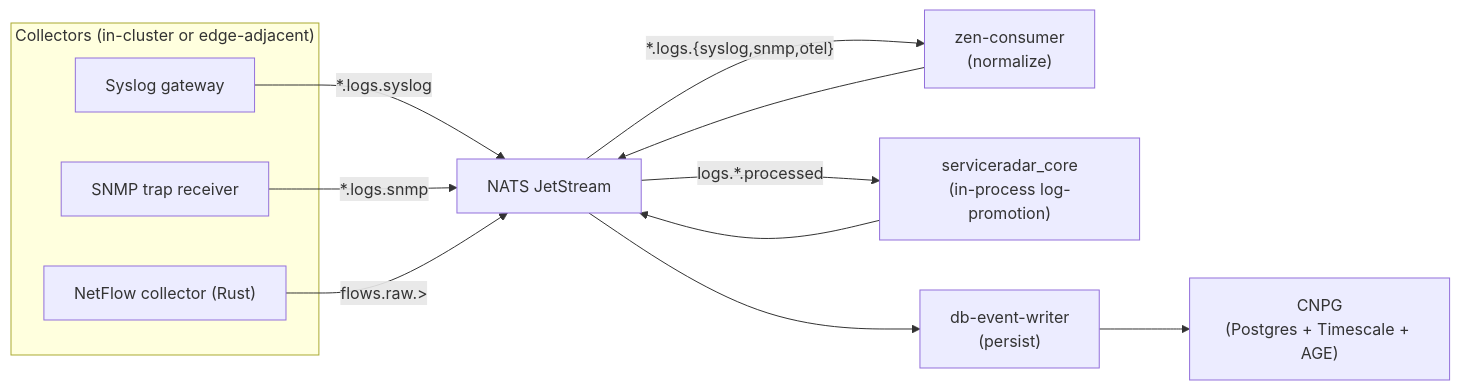
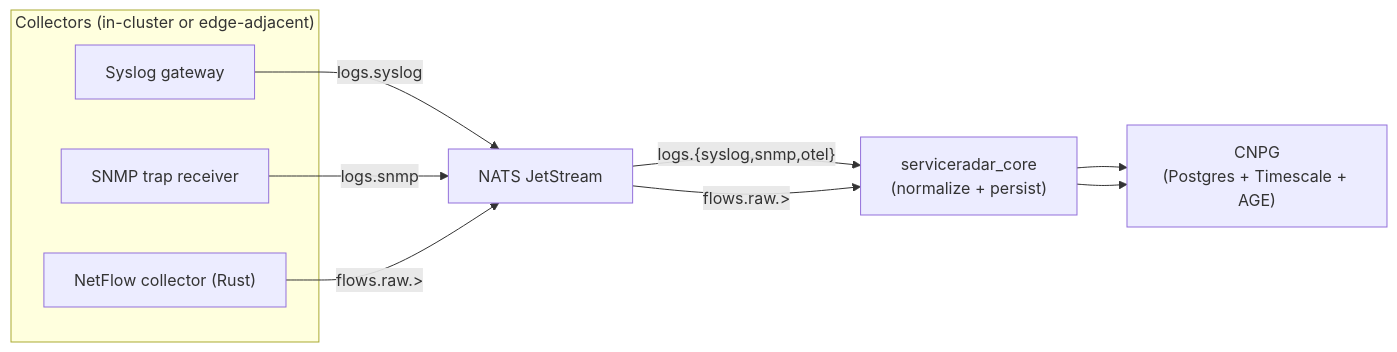
Before and after one commit to carverauto/serviceradar: the diagram in docs/docs/data-pipeline.md, drawn with Mermaid. The commit also changed other lines of this file and 133 other files, not shown here.

Commit message:
Fold Phase 0.6 ZEN rules into core-elx

````diff
--- a/docs/docs/data-pipeline.md
+++ b/docs/docs/data-pipeline.md
@@ -18,24 +18,21 @@
 ```mermaid
 flowchart LR
   subgraph Collectors["Collectors (in-cluster or edge-adjacent)"]
     Syslog["Syslog gateway"]
     Netflow["NetFlow collector (Rust)"]
     Trapd["SNMP trap receiver"]
   end
 
   NATS["NATS JetStream"]
 
-  Zen["zen-consumer\n(normalize)"]
-  Core["serviceradar_core\n(in-process log-promotion)"]
-  Writer["db-event-writer\n(persist)"]
+  Core["serviceradar_core\n(normalize + persist)"]
 
   CNPG["CNPG\n(Postgres + Timescale + AGE)"]
 
-  Syslog -->|"*.logs.syslog"| NATS
-  Trapd -->|"*.logs.snmp"| NATS
+  Syslog -->|"logs.syslog"| NATS
+  Trapd -->|"logs.snmp"| NATS
   Netflow -->|"flows.raw.>"| NATS
 
-  NATS -->|"*.logs.{syslog,snmp,otel}"| Zen --> NATS
-  NATS -->|"logs.*.processed"| Core --> NATS
-  NATS --> Writer --> CNPG
+  NATS -->|"logs.{syslog,snmp,otel}"| Core --> CNPG
+  NATS -->|"flows.raw.>"| Core --> CNPG
 ```
````
